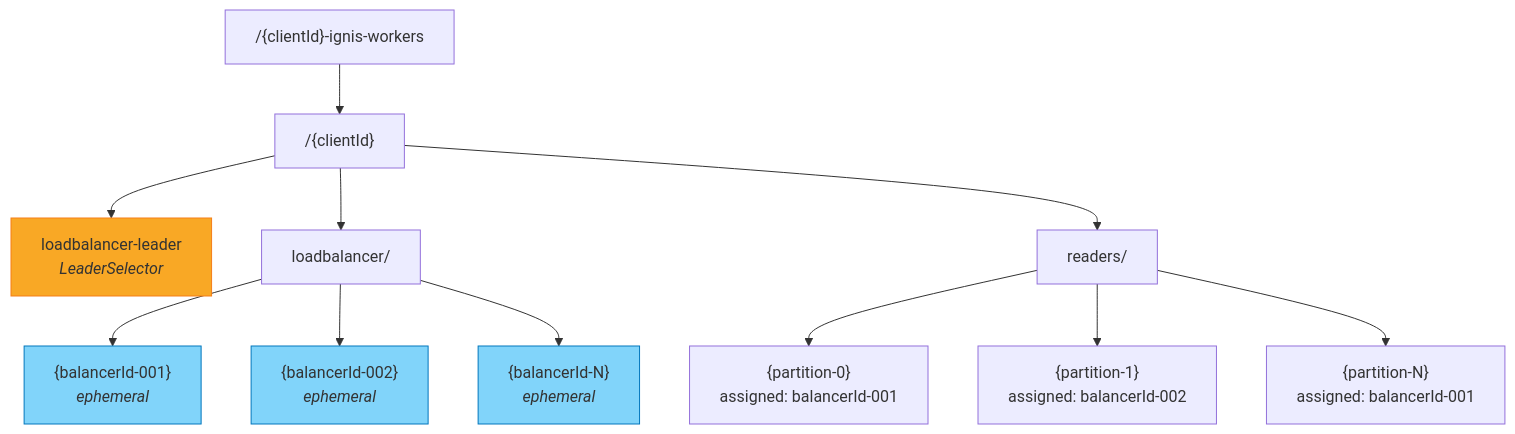
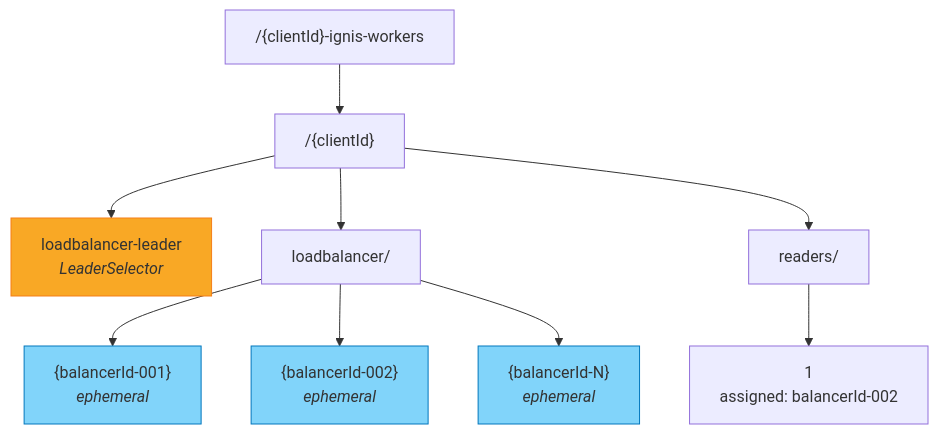
The tenth of 10 diagrams in docs/docs/architecture.md (PhonePe/IgnisMQ), drawn with Mermaid before and after one commit. The commit also changed other lines of this file and 39 other files, not shown here.

````diff
--- a/docs/docs/architecture.md
+++ b/docs/docs/architecture.md
@@ -526,20 +586,18 @@
 ```mermaid
 graph TD
     ROOT["/{clientId}-ignis-workers"] --> CLIENT["/{clientId}"]
     CLIENT --> LEADER["loadbalancer-leader<br/><i>LeaderSelector</i>"]
     CLIENT --> LB["loadbalancer/"]
     CLIENT --> READERS["readers/"]
 
     LB --> LB1["{balancerId-001}<br/><i>ephemeral</i>"]
     LB --> LB2["{balancerId-002}<br/><i>ephemeral</i>"]
     LB --> LBN["{balancerId-N}<br/><i>ephemeral</i>"]
 
-    READERS --> R1["{partition-0}<br/>assigned: balancerId-001"]
-    READERS --> R2["{partition-1}<br/>assigned: balancerId-002"]
-    READERS --> RN["{partition-N}<br/>assigned: balancerId-001"]
+    READERS --> R1["1<br/>assigned: balancerId-002"]
 
     style LEADER fill:#f9a825,stroke:#f57f17
     style LB1 fill:#81d4fa,stroke:#0277bd
     style LB2 fill:#81d4fa,stroke:#0277bd
     style LBN fill:#81d4fa,stroke:#0277bd
 ```
````
